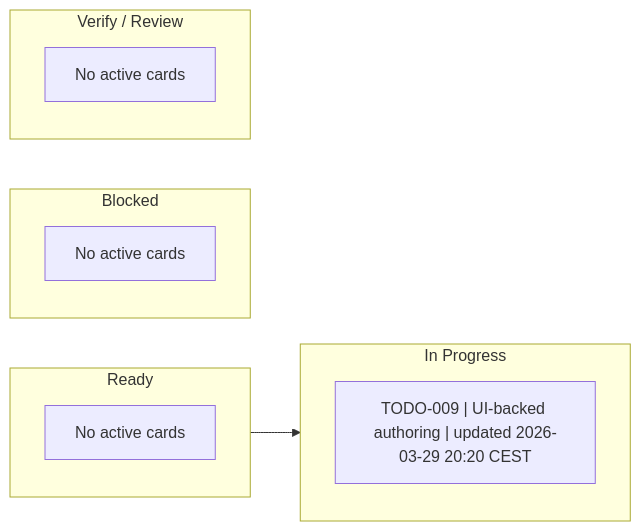
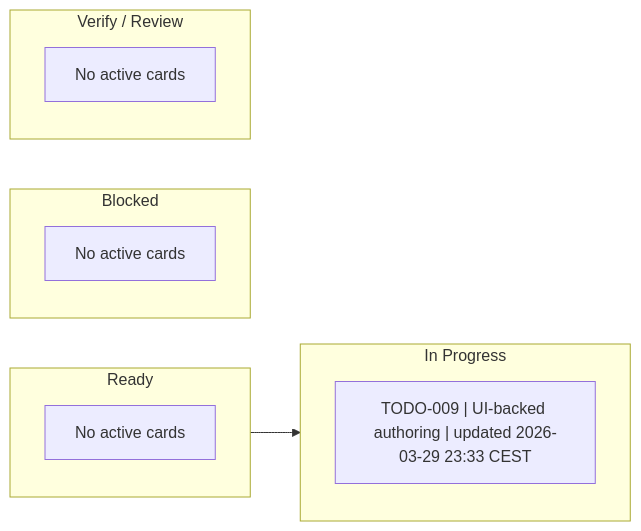
Before and after one commit to shomsy/step-by-step-animator: the diagram in .agents/management/ACTIVE.md, drawn with Mermaid. The commit also changed 2 other files, not shown here.

Commit message:
Tighten UI-first authoring plan

````diff
--- a/.agents/management/ACTIVE.md
+++ b/.agents/management/ACTIVE.md
@@ -20,20 +20,20 @@
 ```mermaid
 flowchart LR
     subgraph Ready["Ready"]
         R0["No active cards"]
     end
 
     subgraph InProgress["In Progress"]
-        P1["TODO-009 | UI-backed authoring | updated 2026-03-29 20:20 CEST"]
+        P1["TODO-009 | UI-backed authoring | updated 2026-03-29 23:33 CEST"]
     end
 
     subgraph Blocked["Blocked"]
         B0["No active cards"]
     end
 
     subgraph Verify["Verify / Review"]
         V0["No active cards"]
     end
 
     Ready --> InProgress
 ```
````
